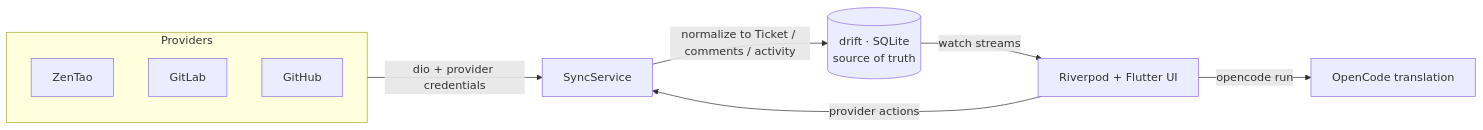
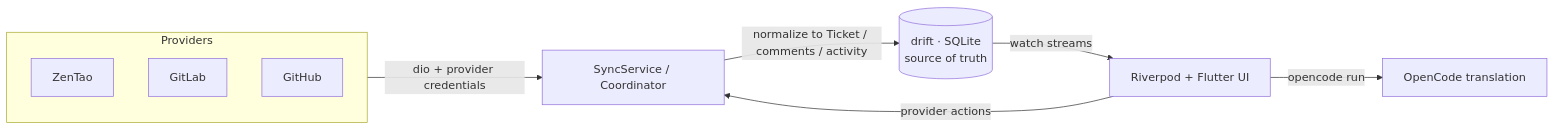
Before and after one commit to thanhnguyen293/WorkNexus: the diagram in README.md, drawn with Mermaid. The commit also changed other lines of this file and 931 other files, not shown here.

Commit message:
feat: implement modularized tool architecture and workspace shell features

````diff
--- a/README.md
+++ b/README.md
@@ -166,11 +268,11 @@
 ```mermaid
 flowchart LR
     subgraph Providers
         Z[ZenTao] & GL[GitLab] & GH[GitHub]
     end
-    Providers -->|dio + provider credentials| SYNC[SyncService]
+    Providers -->|dio + provider credentials| SYNC[SyncService / Coordinator]
     SYNC -->|normalize to Ticket / comments / activity| DB[(drift · SQLite<br/>source of truth)]
     DB -->|watch streams| UI[Riverpod + Flutter UI]
     UI -->|provider actions| SYNC
     UI -->|opencode run| TR[OpenCode translation]
 ```
````
